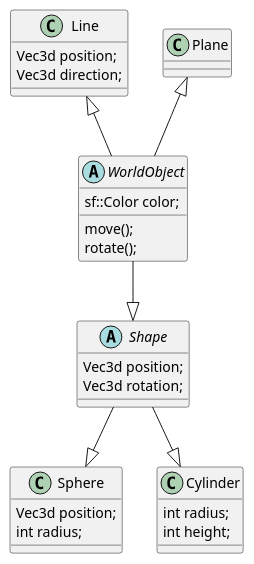
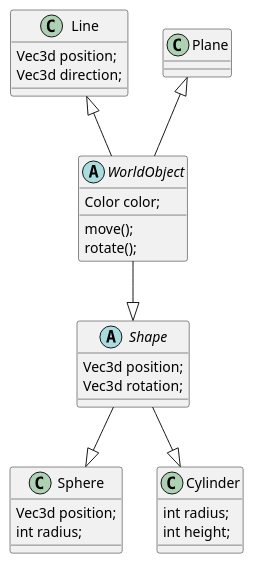
The first of 3 diagrams in plan.md (EzraH442/3d-space), drawn with PlantUML before and after one commit. The commit also changed other lines of this file and 12 other files, not shown here.

```diff
--- a/plan.md
+++ b/plan.md
@@ -4,38 +4,38 @@
 @startuml
 
 abstract class "WorldObject" {
   move();
   rotate();
-  sf::Color color;
+  Color color;
 }
 
 WorldObject --|> Shape
 abstract class Shape {
   Vec3d position;
   Vec3d rotation;
 }
 
 Shape --|> Sphere
 class Sphere {
   Vec3d position;
   int radius;
 }
 
 Shape --|> Cylinder
 class Cylinder {
   int radius;
   int height;
 }
 
 Line <|-- WorldObject
 class Line {
   Vec3d position;
   Vec3d direction;
 }
 
 
 Plane <|-- WorldObject
 class Plane {
 }
 
 @enduml
```
